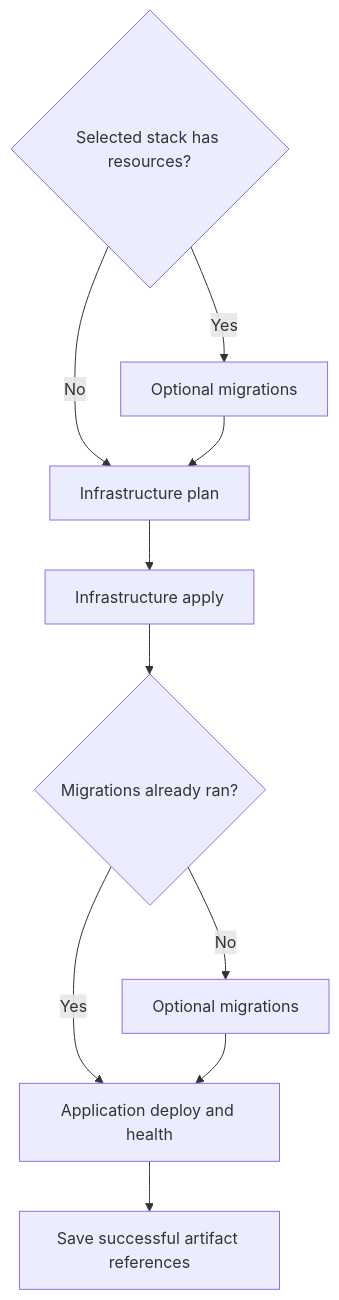
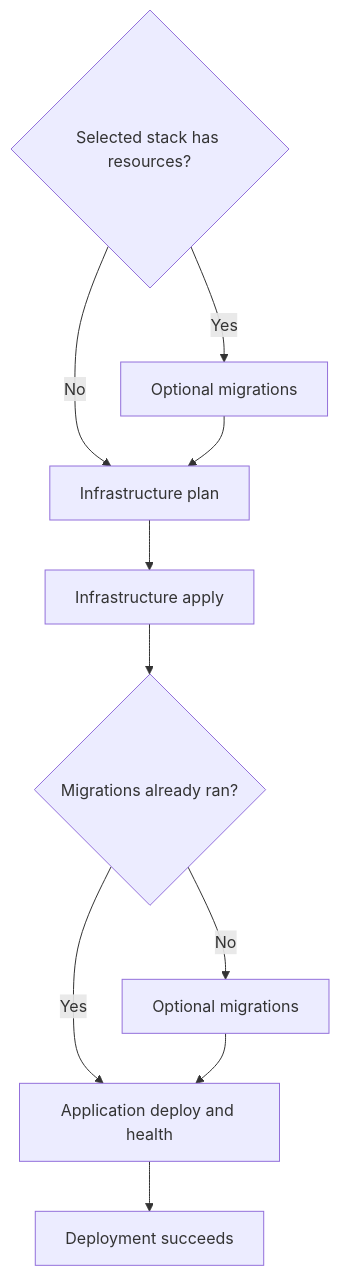
The second of 2 diagrams in docs/modules/infrastructure.md (cloudvoyant/premise), drawn with Mermaid before and after one commit. The commit also changed other lines of this file and 50 other files, not shown here.

````diff
--- a/docs/modules/infrastructure.md
+++ b/docs/modules/infrastructure.md
@@ -227,13 +225,13 @@
 ```mermaid
 flowchart TD
     Check{Selected stack has resources?}
     Check -->|Yes| Before[Optional migrations]
     Check -->|No| Plan[Infrastructure plan]
     Before --> Plan
     Plan --> Apply[Infrastructure apply]
     Apply --> Need{Migrations already ran?}
     Need -->|No| After[Optional migrations]
     Need -->|Yes| Deploy[Application deploy and health]
     After --> Deploy
-    Deploy --> Record[Save successful artifact references]
+    Deploy --> Healthy[Deployment succeeds]
 ```
````
